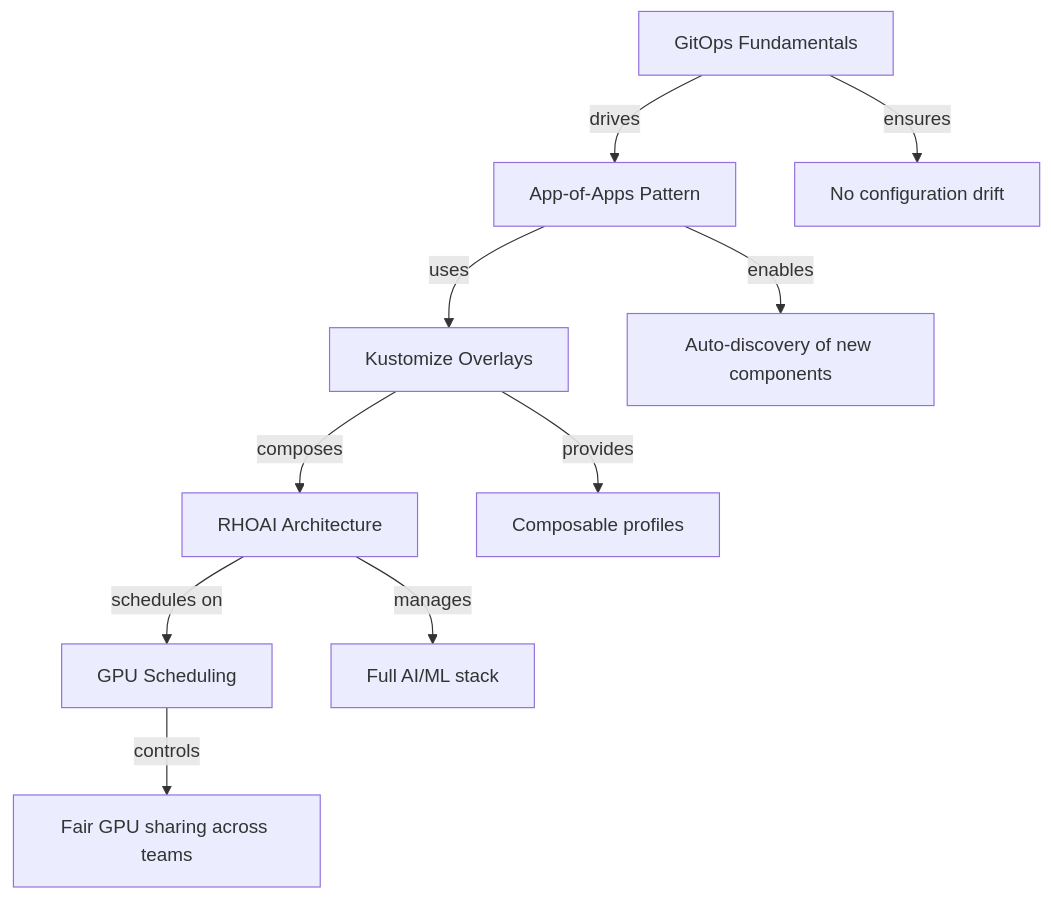
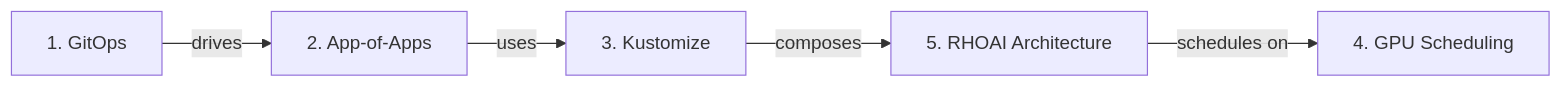
The diagram in docs/concepts/index.md (rrbanda/rhoai-deploy-gitops), drawn with Mermaid before and after one commit. The commit also changed other lines of this file and 4 other files, not shown here.

````diff
--- a/docs/concepts/index.md
+++ b/docs/concepts/index.md
@@ -28,13 +67,7 @@
 ```mermaid
-graph TD
-  GitOps["GitOps Fundamentals"] -->|"drives"| AppOfApps["App-of-Apps Pattern"]
-  AppOfApps -->|"uses"| Kustomize["Kustomize Overlays"]
-  Kustomize -->|"composes"| RHOAI["RHOAI Architecture"]
-  RHOAI -->|"schedules on"| GPU["GPU Scheduling"]
-  
-  GitOps -->|"ensures"| Drift["No configuration drift"]
-  AppOfApps -->|"enables"| AutoDiscover["Auto-discovery of new components"]
-  Kustomize -->|"provides"| Composable["Composable profiles"]
-  RHOAI -->|"manages"| AIStack["Full AI/ML stack"]
-  GPU -->|"controls"| FairShare["Fair GPU sharing across teams"]
+graph LR
+  GitOps["1. GitOps"] -->|"drives"| AppOfApps["2. App-of-Apps"]
+  AppOfApps -->|"uses"| Kustomize["3. Kustomize"]
+  Kustomize -->|"composes"| RHOAI["5. RHOAI Architecture"]
+  RHOAI -->|"schedules on"| GPU["4. GPU Scheduling"]
 ```
````
